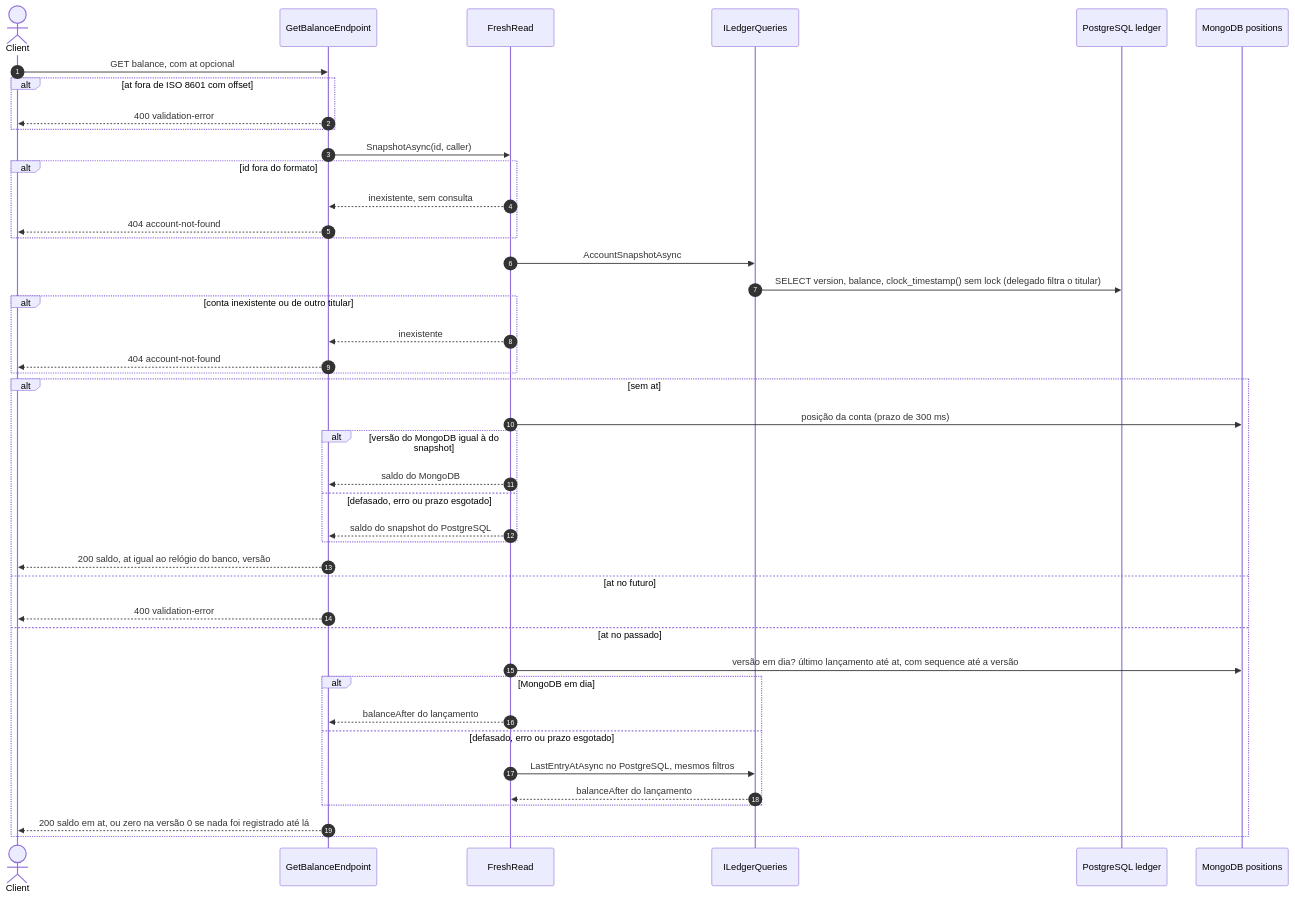
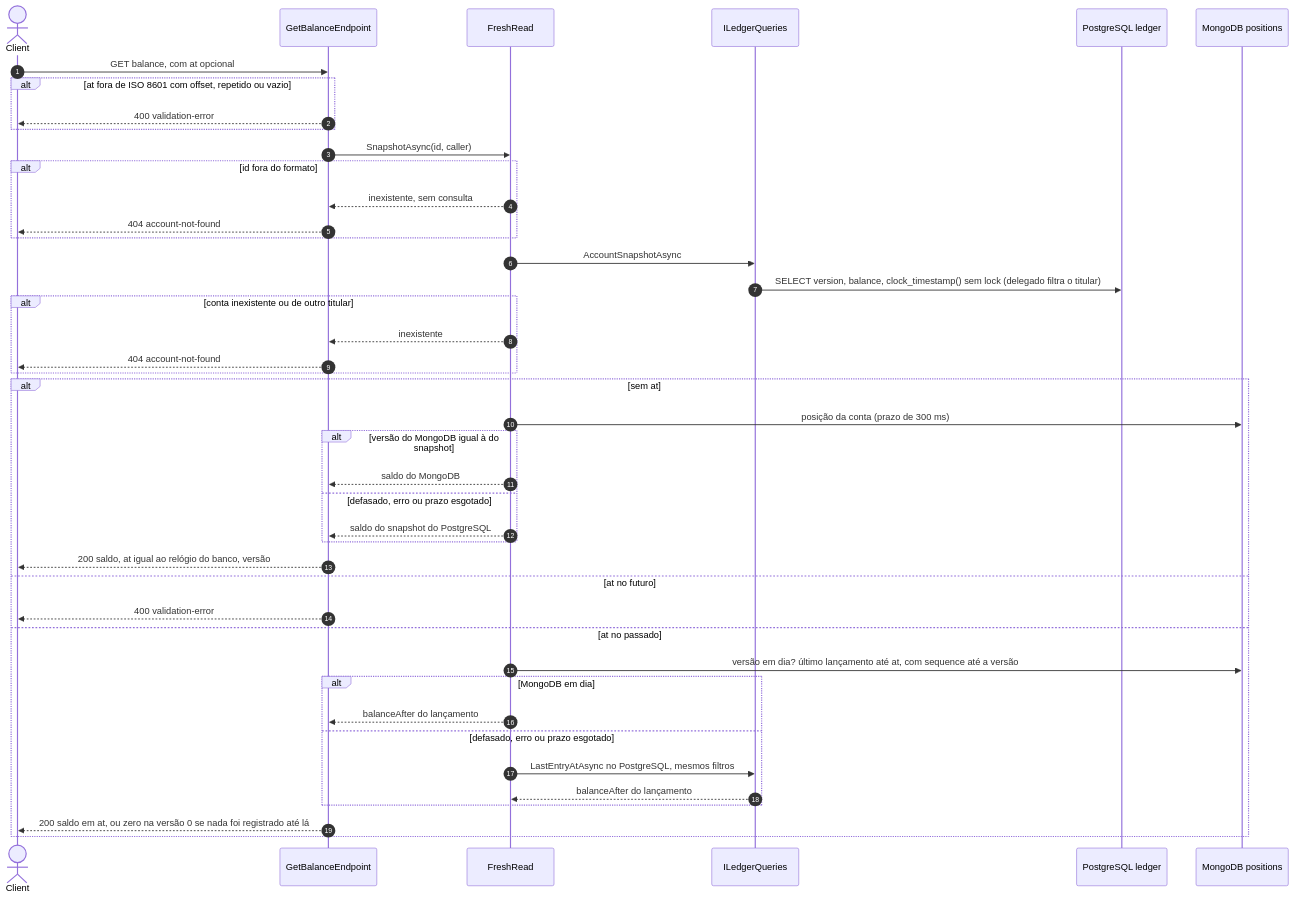
Before and after one commit to arthuurw/desafio-arquiteto-keyrus: the sixth of 8 diagrams in docs/arquitetura/fluxos-ledger.md, drawn with Mermaid. The commit also changed other lines of this file and 4 other files, not shown here.

First line of the commit message:
docs(fluxos): close the code review findings on the flow docs

````diff
--- a/docs/arquitetura/fluxos-ledger.md
+++ b/docs/arquitetura/fluxos-ledger.md
@@ -276,46 +276,46 @@
 ```mermaid
 sequenceDiagram
   autonumber
   actor C as Client
   participant E as GetBalanceEndpoint
   participant FR as FreshRead
   participant LQ as ILedgerQueries
   participant DB as PostgreSQL ledger
   participant M as MongoDB positions
 
   C->>E: GET balance, com at opcional
-  alt at fora de ISO 8601 com offset
+  alt at fora de ISO 8601 com offset, repetido ou vazio
     E-->>C: 400 validation-error
   end
   E->>FR: SnapshotAsync(id, caller)
   alt id fora do formato
     FR-->>E: inexistente, sem consulta
     E-->>C: 404 account-not-found
   end
   FR->>LQ: AccountSnapshotAsync
   LQ->>DB: SELECT version, balance, clock_timestamp() sem lock (delegado filtra o titular)
   alt conta inexistente ou de outro titular
     FR-->>E: inexistente
     E-->>C: 404 account-not-found
   end
   alt sem at
     FR->>M: posição da conta (prazo de 300 ms)
     alt versão do MongoDB igual à do snapshot
       FR-->>E: saldo do MongoDB
     else defasado, erro ou prazo esgotado
       FR-->>E: saldo do snapshot do PostgreSQL
     end
     E-->>C: 200 saldo, at igual ao relógio do banco, versão
   else at no futuro
     E-->>C: 400 validation-error
   else at no passado
     FR->>M: versão em dia? último lançamento até at, com sequence até a versão
     alt MongoDB em dia
       FR-->>E: balanceAfter do lançamento
     else defasado, erro ou prazo esgotado
       FR->>LQ: LastEntryAtAsync no PostgreSQL, mesmos filtros
       LQ-->>FR: balanceAfter do lançamento
     end
     E-->>C: 200 saldo em at, ou zero na versão 0 se nada foi registrado até lá
   end
 ```
````
